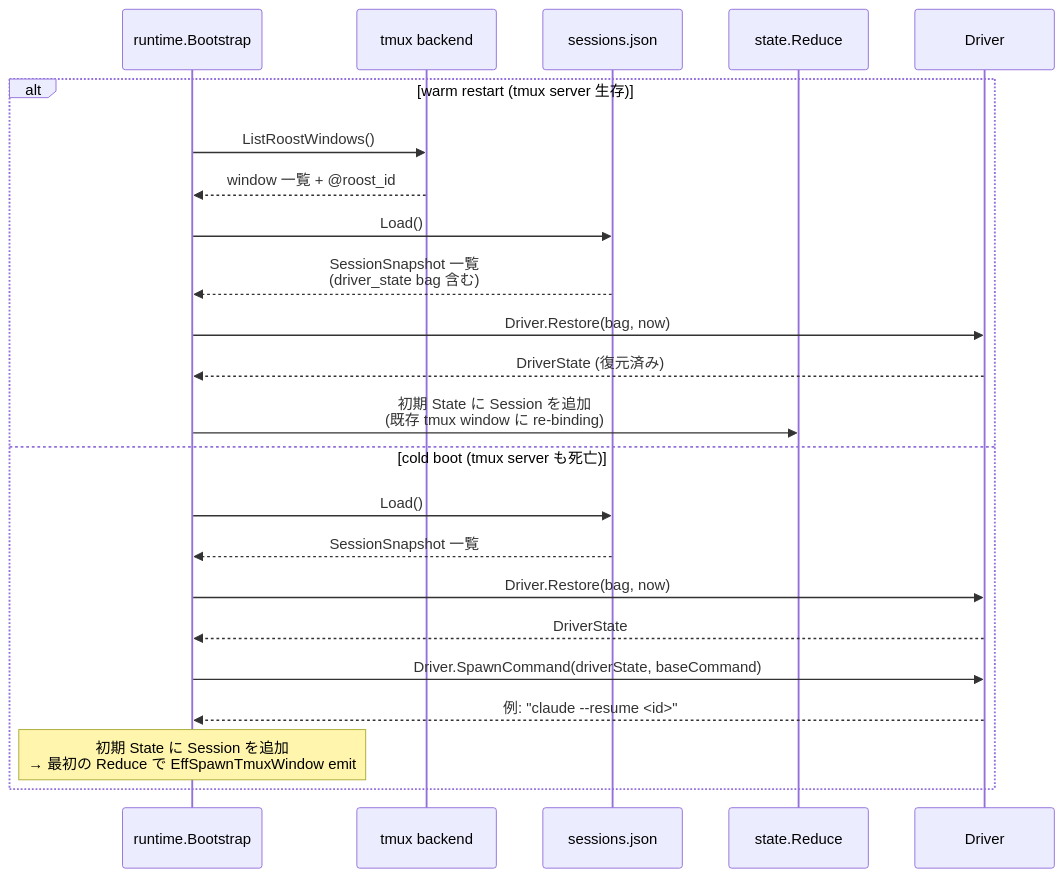
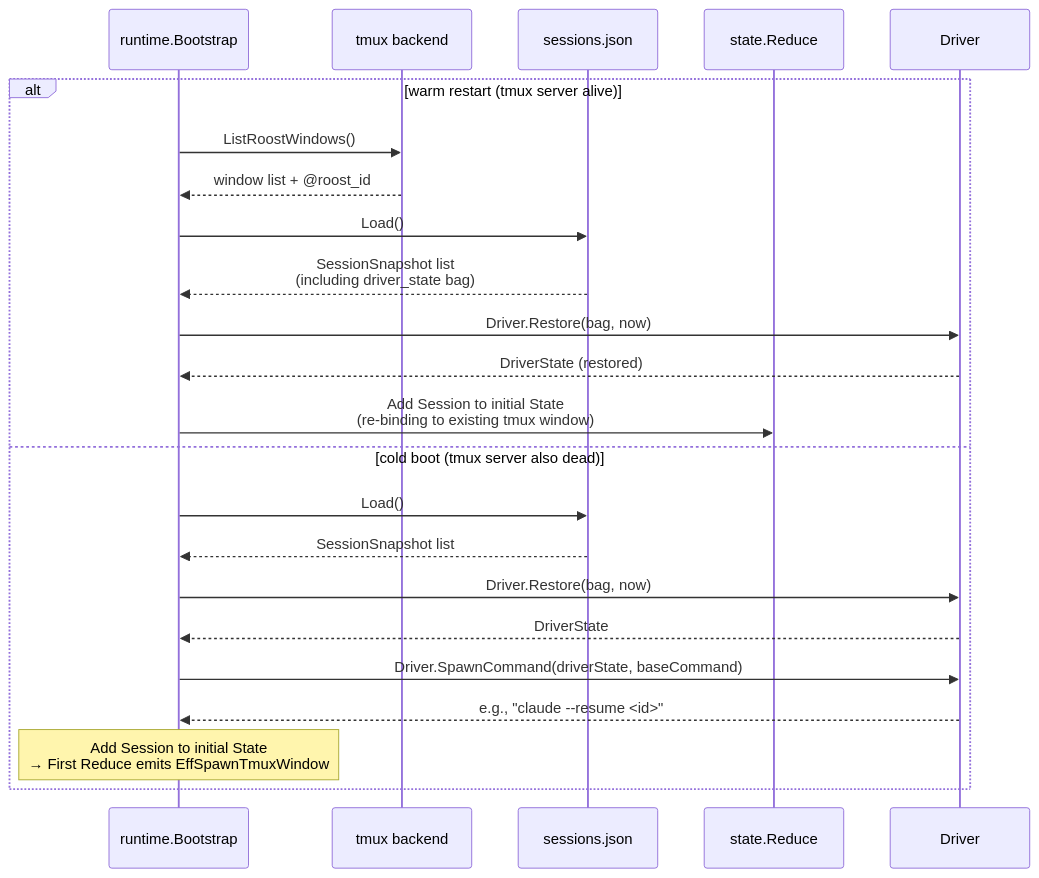
One commit to takezoh/agent-roost changed the third of 3 diagrams in docs/state-monitoring.md. Above: the diagram before and after it, drawn with Mermaid. The commit also changed other lines of this file and 7 other files, not shown here.

````diff
--- a/docs/state-monitoring.md
+++ b/docs/state-monitoring.md
@@ -268,26 +120,26 @@
 ```mermaid
 sequenceDiagram
     participant Boot as runtime.Bootstrap
     participant Tmux as tmux backend
     participant JSON as sessions.json
     participant Red as state.Reduce
     participant Drv as Driver
 
-    alt warm restart (tmux server 生存)
+    alt warm restart (tmux server alive)
         Boot->>Tmux: ListRoostWindows()
-        Tmux-->>Boot: window 一覧 + @roost_id
+        Tmux-->>Boot: window list + @roost_id
         Boot->>JSON: Load()
-        JSON-->>Boot: SessionSnapshot 一覧<br/>(driver_state bag 含む)
+        JSON-->>Boot: SessionSnapshot list<br/>(including driver_state bag)
         Boot->>Drv: Driver.Restore(bag, now)
-        Drv-->>Boot: DriverState (復元済み)
-        Boot->>Red: 初期 State に Session を追加<br/>(既存 tmux window に re-binding)
-    else cold boot (tmux server も死亡)
+        Drv-->>Boot: DriverState (restored)
+        Boot->>Red: Add Session to initial State<br/>(re-binding to existing tmux window)
+    else cold boot (tmux server also dead)
         Boot->>JSON: Load()
-        JSON-->>Boot: SessionSnapshot 一覧
+        JSON-->>Boot: SessionSnapshot list
         Boot->>Drv: Driver.Restore(bag, now)
         Drv-->>Boot: DriverState
         Boot->>Drv: Driver.SpawnCommand(driverState, baseCommand)
-        Drv-->>Boot: 例: "claude --resume <id>"
-        Note over Boot: 初期 State に Session を追加<br/>→ 最初の Reduce で EffSpawnTmuxWindow emit
+        Drv-->>Boot: e.g., "claude --resume <id>"
+        Note over Boot: Add Session to initial State<br/>→ First Reduce emits EffSpawnTmuxWindow
     end
 ```
````
